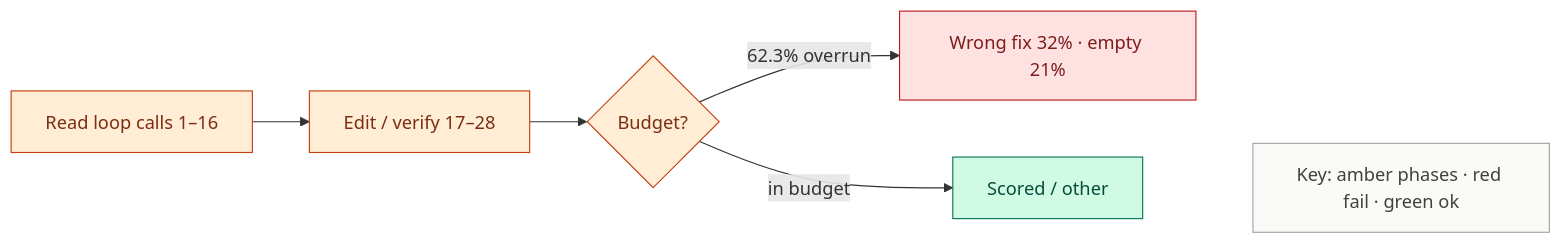
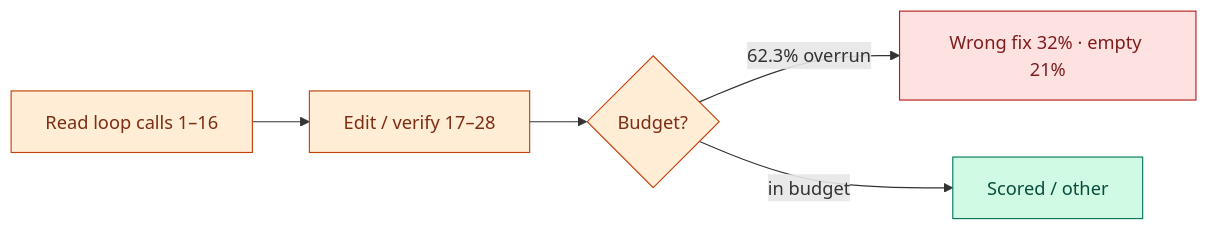
Before and after one commit to khaosans/noisegate-gemma4-factory: the sixth of 7 diagrams in docs/wiki/Architecture.md, drawn with Mermaid. The commit also changed other lines of this file and 4 other files, not shown here.

First line of the commit message:
docs: drop Mermaid Key/Legend nodes entirely

````diff
--- a/docs/wiki/Architecture.md
+++ b/docs/wiki/Architecture.md
@@ -181,18 +165,14 @@
 ```mermaid
 flowchart LR
   Read[Read loop calls 1–16] --> Edit[Edit / verify 17–28]
   Edit --> Out{Budget?}
   Out -->|62.3% overrun| Fail[Wrong fix 32% · empty 21%]
   Out -->|in budget| Ok[Scored / other]
 
-  Key["Key: amber phases · red fail · green ok"]
-  Ok ~~~ Key
-
   classDef product fill:#FFEDD5,stroke:#C2410C,color:#7C2D12
   classDef fail fill:#FEE2E2,stroke:#B91C1C,color:#7F1D1D
   classDef ok fill:#D1FAE5,stroke:#047857,color:#064E3B
   class Read,Edit,Out product
   class Fail fail
   class Ok ok
-  style Key fill:#FAFAF9,stroke:#A8A29E,color:#44403C
 ```
````
